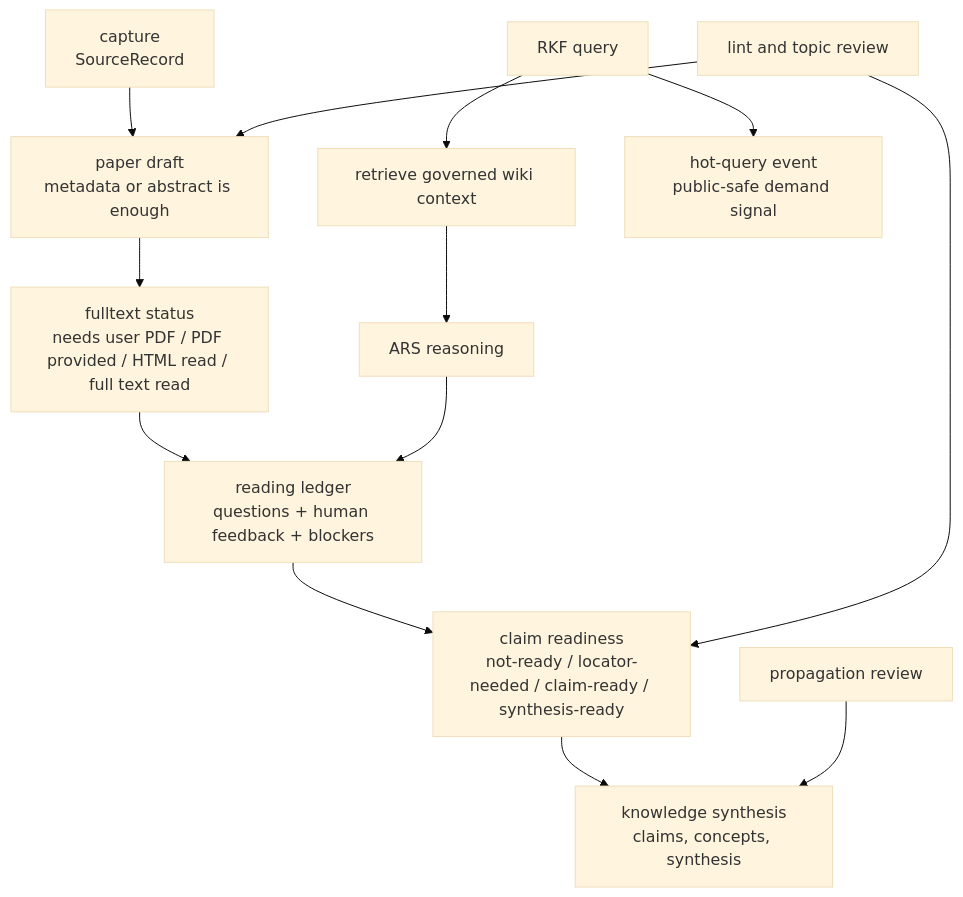
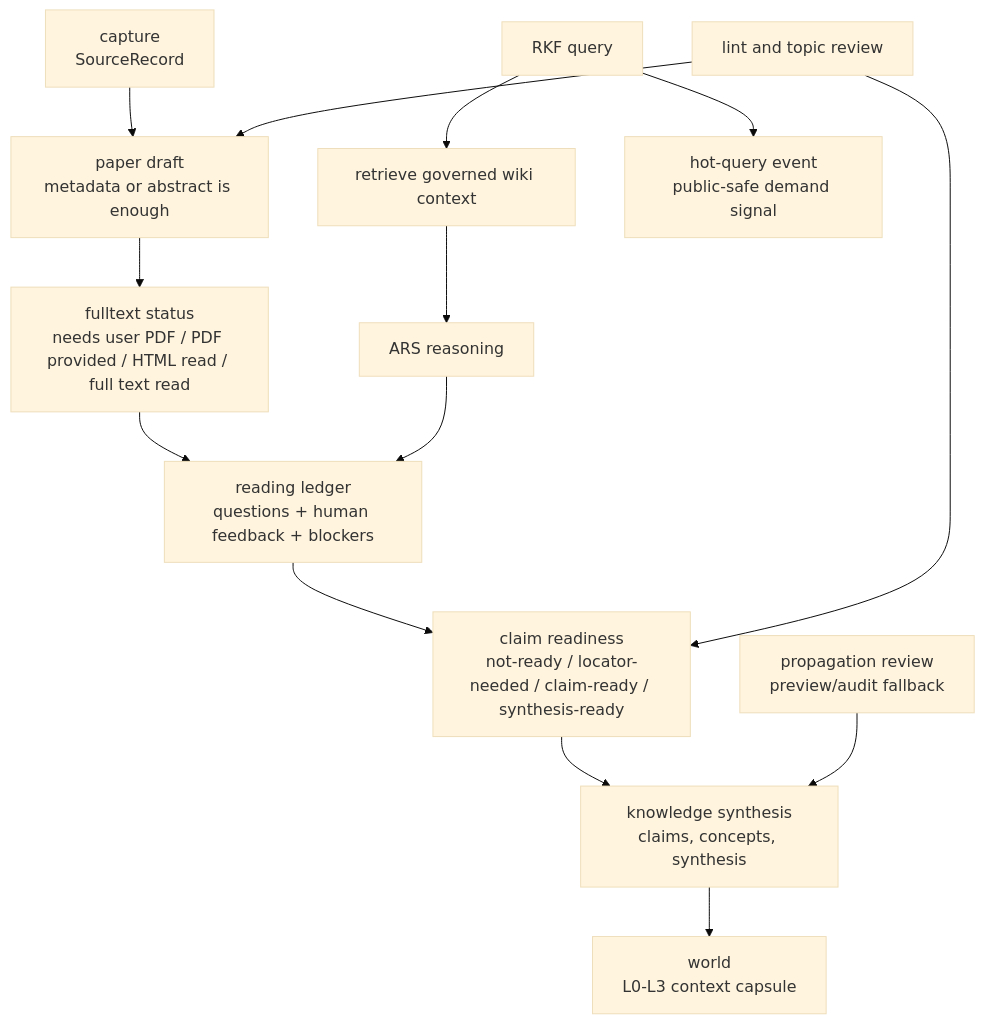
One commit to ChenHau-Lan/ResearchWiki changed the diagram in docs/ARCHITECTURE.md. Above: the diagram before and after it, drawn with Mermaid (base theme). The commit also changed other lines of this file and 10 other files, not shown here.

Commit message:
Add RKF L0-L3 world context

````diff
--- a/docs/ARCHITECTURE.md
+++ b/docs/ARCHITECTURE.md
@@ -27,15 +29,16 @@
 ```mermaid
 flowchart TD
     A["capture<br/>SourceRecord"] --> B["paper draft<br/>metadata or abstract is enough"]
     B --> C["fulltext status<br/>needs user PDF / PDF provided / HTML read / full text read"]
     C --> D["reading ledger<br/>questions + human feedback + blockers"]
     D --> E["claim readiness<br/>not-ready / locator-needed / claim-ready / synthesis-ready"]
     E --> F["knowledge synthesis<br/>claims, concepts, synthesis"]
+    F --> M["world<br/>L0-L3 context capsule"]
     G["RKF query"] --> H["retrieve governed wiki context"]
     G --> I["hot-query event<br/>public-safe demand signal"]
     H --> J["ARS reasoning"]
     J --> D
     K["lint and topic review"] --> B
     K --> E
-    L["propagation review"] --> F
+    L["propagation review<br/>preview/audit fallback"] --> F
 ```
````
